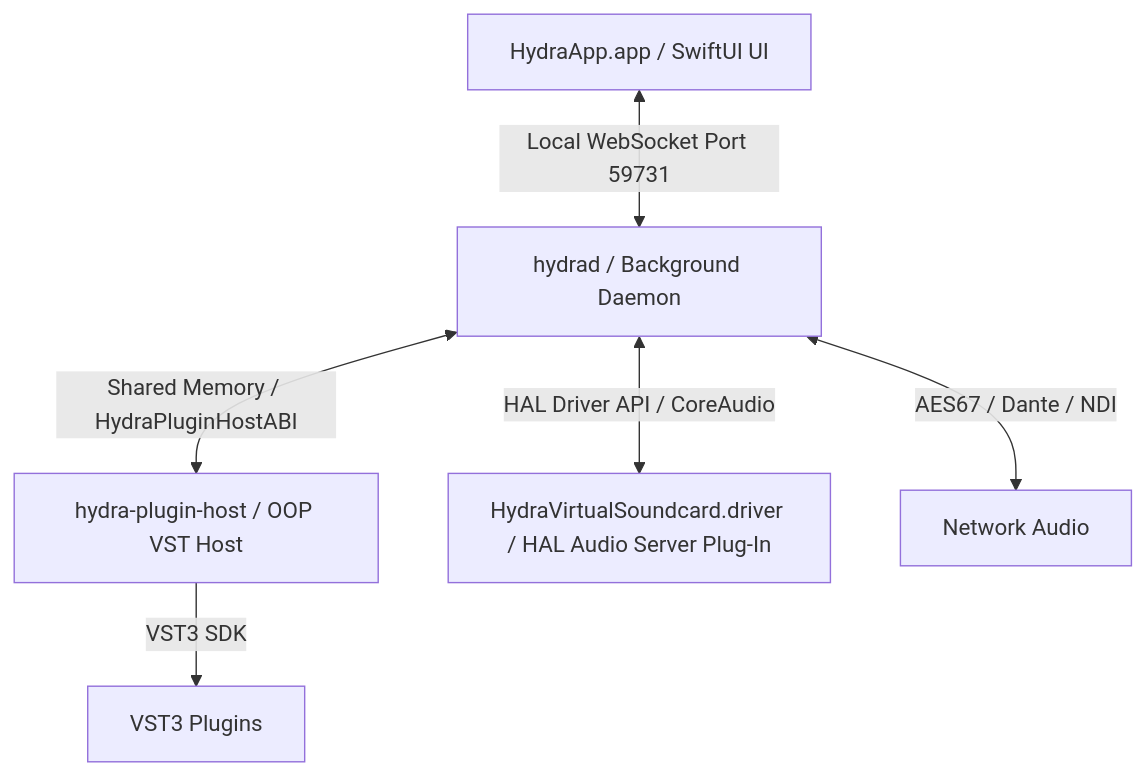
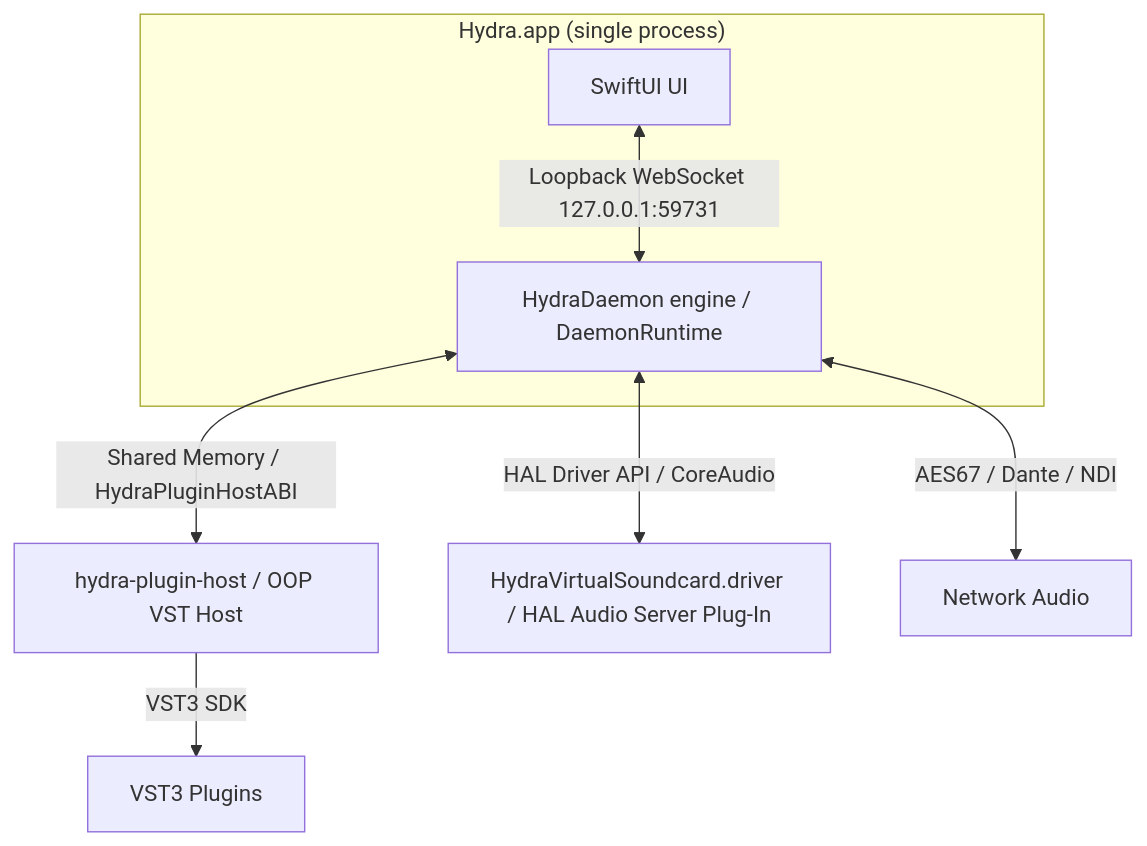
Before and after one commit to sbacaro/Hydra: the diagram in docs/ARCHITECTURE.md, drawn with Mermaid. The commit also changed other lines of this file and 110 other files, not shown here.

Commit message:
Release v1.0.0: single-process engine, 8 Hydra Audio Bridges, Apple-HIG UI, 5-language localization

````diff
--- a/docs/ARCHITECTURE.md
+++ b/docs/ARCHITECTURE.md
@@ -5,8 +11,10 @@
 ```mermaid
 graph TD
-    UI[HydraApp.app / SwiftUI UI] <-->|Local WebSocket Port 59731| Daemon[hydrad / Background Daemon]
-    Daemon <-->|Shared Memory / HydraPluginHostABI| Host[hydra-plugin-host / OOP VST Host]
-    Daemon <-->|HAL Driver API / CoreAudio| Driver[HydraVirtualSoundcard.driver / HAL Audio Server Plug-In]
+    subgraph App["Hydra.app (single process)"]
+        UI[SwiftUI UI] <-->|Loopback WebSocket 127.0.0.1:59731| Engine[HydraDaemon engine / DaemonRuntime]
+    end
+    Engine <-->|Shared Memory / HydraPluginHostABI| Host[hydra-plugin-host / OOP VST Host]
+    Engine <-->|HAL Driver API / CoreAudio| Driver[HydraVirtualSoundcard.driver / HAL Audio Server Plug-In]
     Host -->|VST3 SDK| VST[VST3 Plugins]
-    Daemon <-->|AES67 / Dante / NDI| Net[Network Audio]
+    Engine <-->|AES67 / Dante / NDI| Net[Network Audio]
 ```
````
